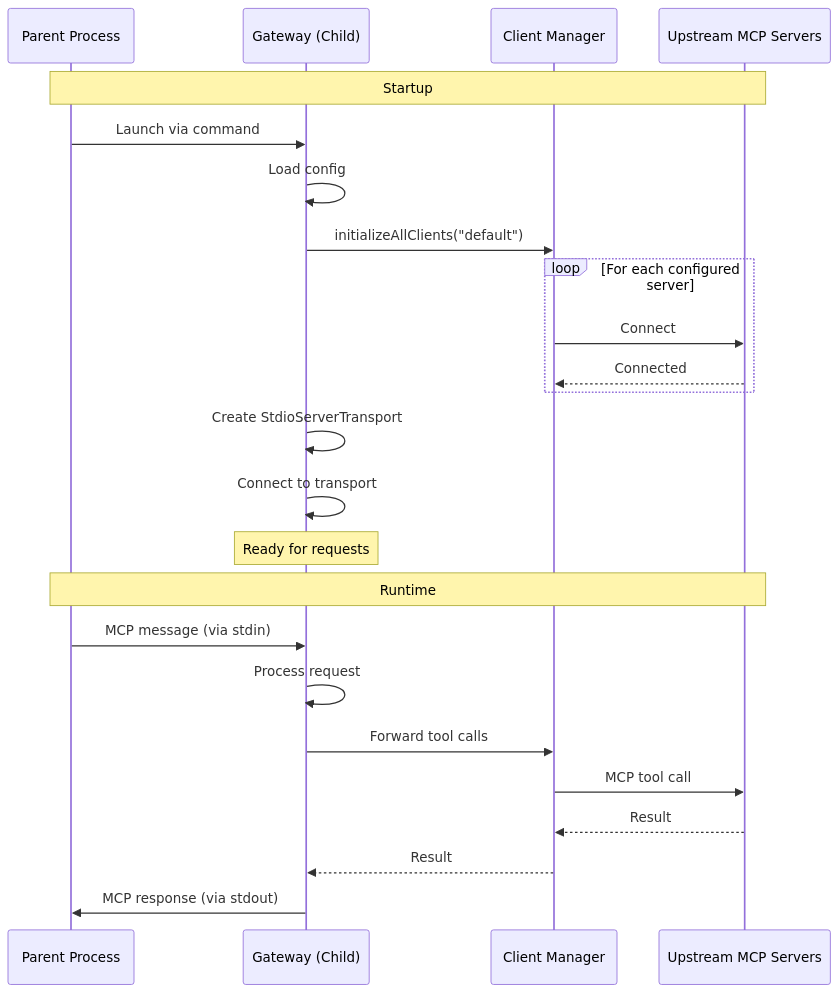
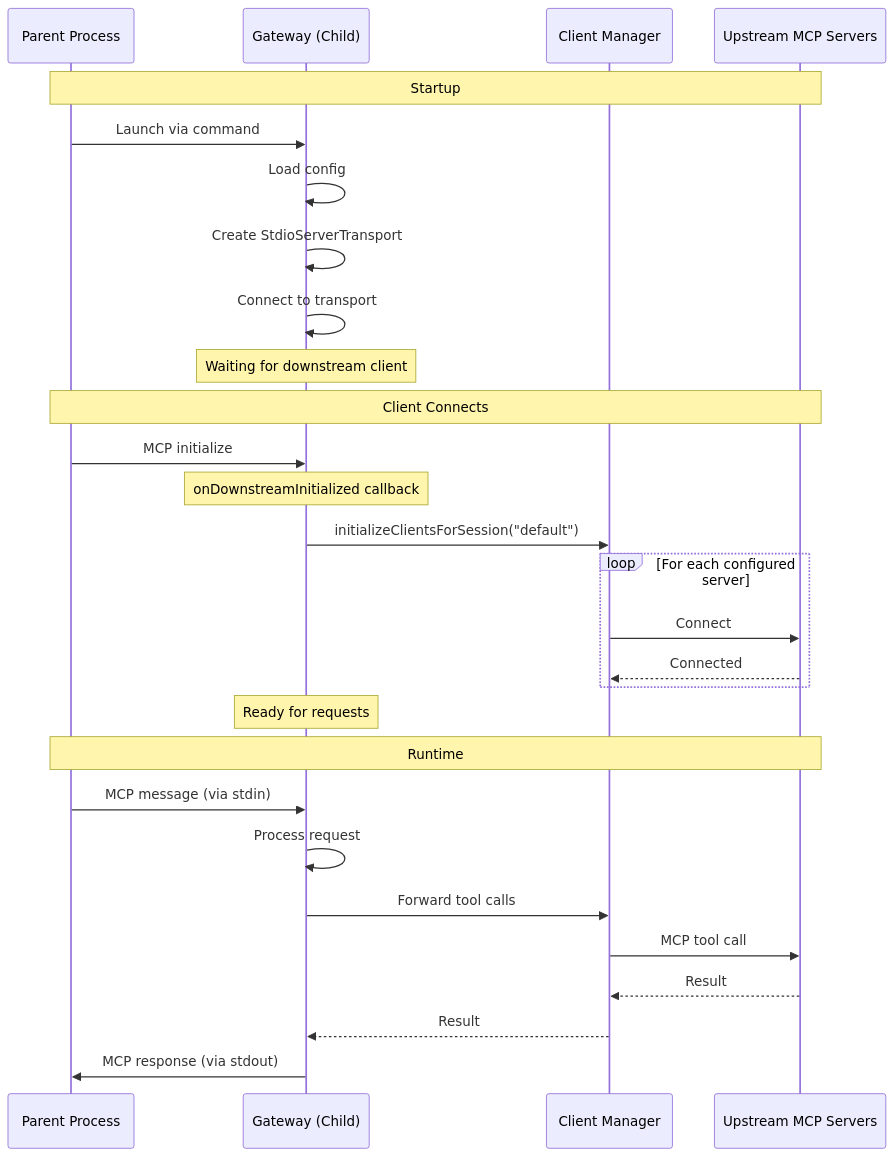
One commit to karashiiro/my-cool-proxy changed the third of 3 diagrams in docs/design/transport-modes.md. Above: the diagram before and after it, drawn with Mermaid. The commit also changed other lines of this file and 8 other files, not shown here.

````diff
--- a/docs/design/transport-modes.md
+++ b/docs/design/transport-modes.md
@@ -103,28 +115,33 @@
 ```mermaid
 sequenceDiagram
     participant Parent as Parent Process
     participant Gateway as Gateway (Child)
     participant Clients as Client Manager
     participant Upstream as Upstream MCP Servers
 
     Note over Parent,Upstream: Startup
     Parent->>Gateway: Launch via command
     Gateway->>Gateway: Load config
-    Gateway->>Clients: initializeAllClients("default")
+    Gateway->>Gateway: Create StdioServerTransport
+    Gateway->>Gateway: Connect to transport
+    Note over Gateway: Waiting for downstream client
+
+    Note over Parent,Upstream: Client Connects
+    Parent->>Gateway: MCP initialize
+    Note over Gateway: onDownstreamInitialized callback
+    Gateway->>Clients: initializeClientsForSession("default")
     loop For each configured server
         Clients->>Upstream: Connect
         Upstream-->>Clients: Connected
     end
-    Gateway->>Gateway: Create StdioServerTransport
-    Gateway->>Gateway: Connect to transport
     Note over Gateway: Ready for requests
 
     Note over Parent,Upstream: Runtime
     Parent->>Gateway: MCP message (via stdin)
     Gateway->>Gateway: Process request
     Gateway->>Clients: Forward tool calls
     Clients->>Upstream: MCP tool call
     Upstream-->>Clients: Result
     Clients-->>Gateway: Result
     Gateway->>Parent: MCP response (via stdout)
 ```
````
